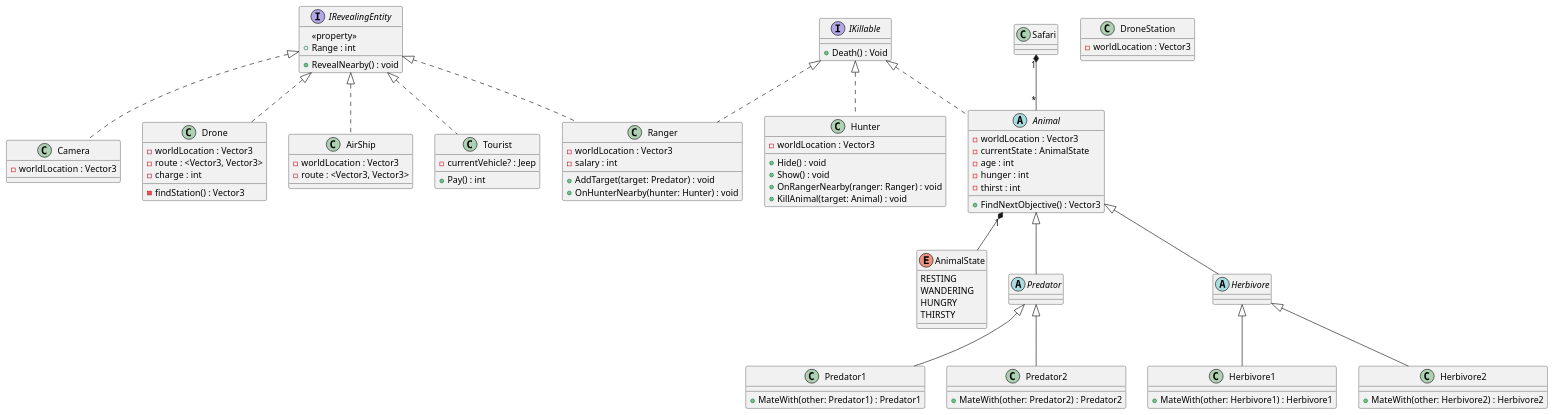
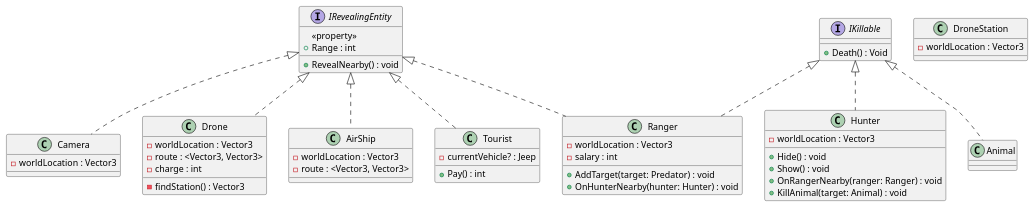
The first of 2 diagrams in class-diagram/model/People_Tools_Animals.plantuml (Peter-Balint/SafariGame), drawn with PlantUML before and after one commit. The commit also changed other lines of this file and 8 other files, not shown here.

Commit message:
updated diagrams with new classes (animal model/view, map view)

```diff
--- a/class-diagram/model/People_Tools_Animals.plantuml
+++ b/class-diagram/model/People_Tools_Animals.plantuml
@@ -1,103 +1,61 @@
 @startuml osztálydiagram
 
 interface IRevealingEntity{
     <<property>>
     + Range : int
     
     + RevealNearby() : void
 }
 
 interface IKillable{
     + Death() : Void
 }
 
 class Ranger{
     - worldLocation : Vector3
     - salary : int
     + AddTarget(target: Predator) : void
     + OnHunterNearby(hunter: Hunter) : void
 }
 
 class Hunter{
     - worldLocation : Vector3
     + Hide() : void
     + Show() : void
     + OnRangerNearby(ranger: Ranger) : void
     + KillAnimal(target: Animal) : void
 }
 
 class Camera{
     - worldLocation : Vector3
 }
 class Drone{
     - worldLocation : Vector3
     - route : <Vector3, Vector3>
     - charge : int
     - findStation() : Vector3
 }
 class DroneStation{
     - worldLocation : Vector3
 }
 class AirShip{
     - worldLocation : Vector3
     - route : <Vector3, Vector3>
 }
 
 class Tourist{
     - currentVehicle? : Jeep
     + Pay() : int
 }
 
 
 IRevealingEntity <|.. Ranger
 IRevealingEntity <|.. Camera
 IRevealingEntity <|.. Drone
 IRevealingEntity <|.. AirShip
 IRevealingEntity <|.. Tourist
 
-enum AnimalState{
-    RESTING
-    WANDERING
-    HUNGRY
-    THIRSTY
-}
-
-abstract class Animal{
-    - worldLocation : Vector3
-    - currentState : AnimalState
-    - age : int
-    - hunger : int
-    - thirst : int
-    + FindNextObjective() : Vector3
-}
-
-Animal "1" *-- AnimalState
-
-abstract class Predator extends Animal{
-
-}
-class Predator1 extends Predator{
-    + MateWith(other: Predator1) : Predator1
-}
-class Predator2 extends Predator{
-    + MateWith(other: Predator2) : Predator2
-}
-abstract class Herbivore extends Animal{
-
-}
-class Herbivore1 extends Herbivore{
-    + MateWith(other: Herbivore1) : Herbivore1
-}
-class Herbivore2 extends Herbivore{
-    + MateWith(other: Herbivore2) : Herbivore2
-}
-
-
-
-Safari "1" *-- "*" Animal
-
 IKillable <|.. Hunter
 IKillable <|.. Ranger
 IKillable <|.. Animal
-
 @enduml
```
